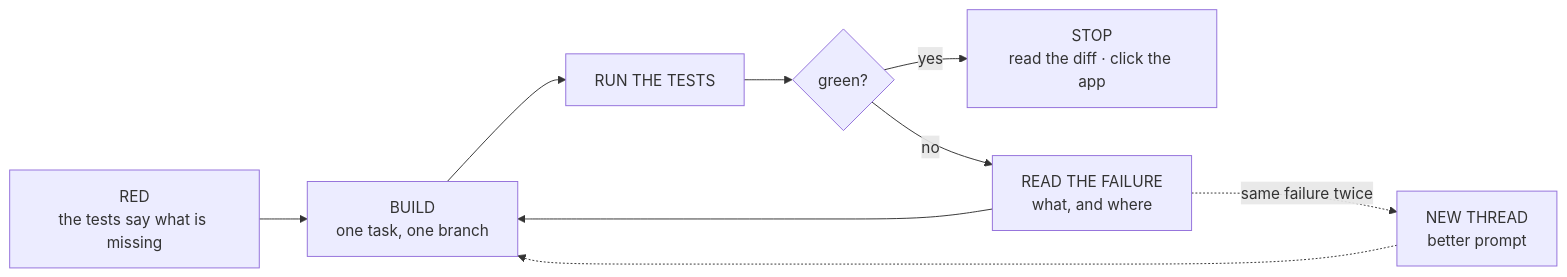
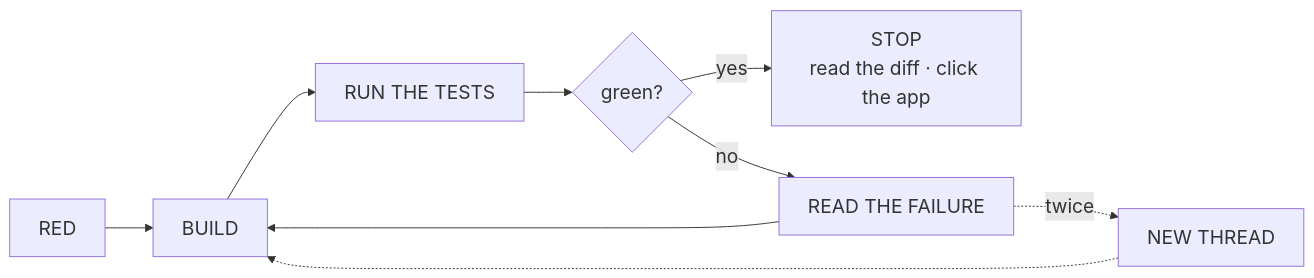
The diagram in decks/diagrams/loop.mmd (Nova-SBE-Introduction-to-Programming/intro-to-programming-2026), drawn with Mermaid before and after one commit. The commit also changed 19 other files, not shown here.

First line of the commit message:
Class 4: minimalist rebuild in four acts, with git standards in Mermaid

```diff
--- a/decks/diagrams/loop.mmd
+++ b/decks/diagrams/loop.mmd
@@ -1,14 +1,8 @@
+%%{init: {"themeVariables": {"fontSize": "20px"}}}%%
 flowchart LR
-  RED["RED<br/>the tests say what is missing"]
-  B["BUILD<br/>one task, one branch"]
-  RUN["RUN THE TESTS"]
-  Q{"green?"}
-  STOP["STOP<br/>read the diff · click the app"]
-  READ["READ THE FAILURE<br/>what, and where"]
-  NEW["NEW THREAD<br/>better prompt"]
-  RED --> B --> RUN --> Q
-  Q -->|"yes"| STOP
-  Q -->|"no"| READ
+  RED["RED"] --> B["BUILD"] --> RUN["RUN THE TESTS"] --> Q{"green?"}
+  Q -->|"yes"| STOP["STOP<br/>read the diff · click the app"]
+  Q -->|"no"| READ["READ THE FAILURE"]
   READ --> B
-  READ -.->|"same failure twice"| NEW
+  READ -.->|"twice"| NEW["NEW THREAD"]
   NEW -.-> B
```
